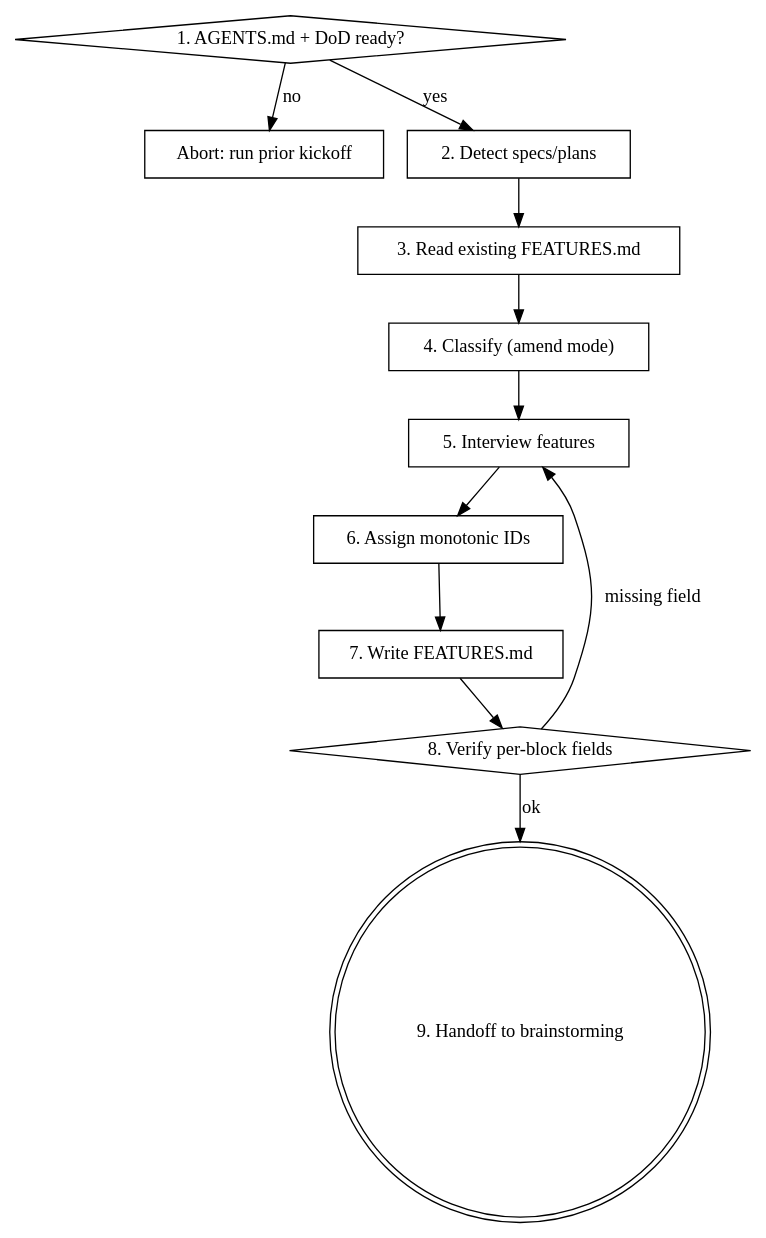
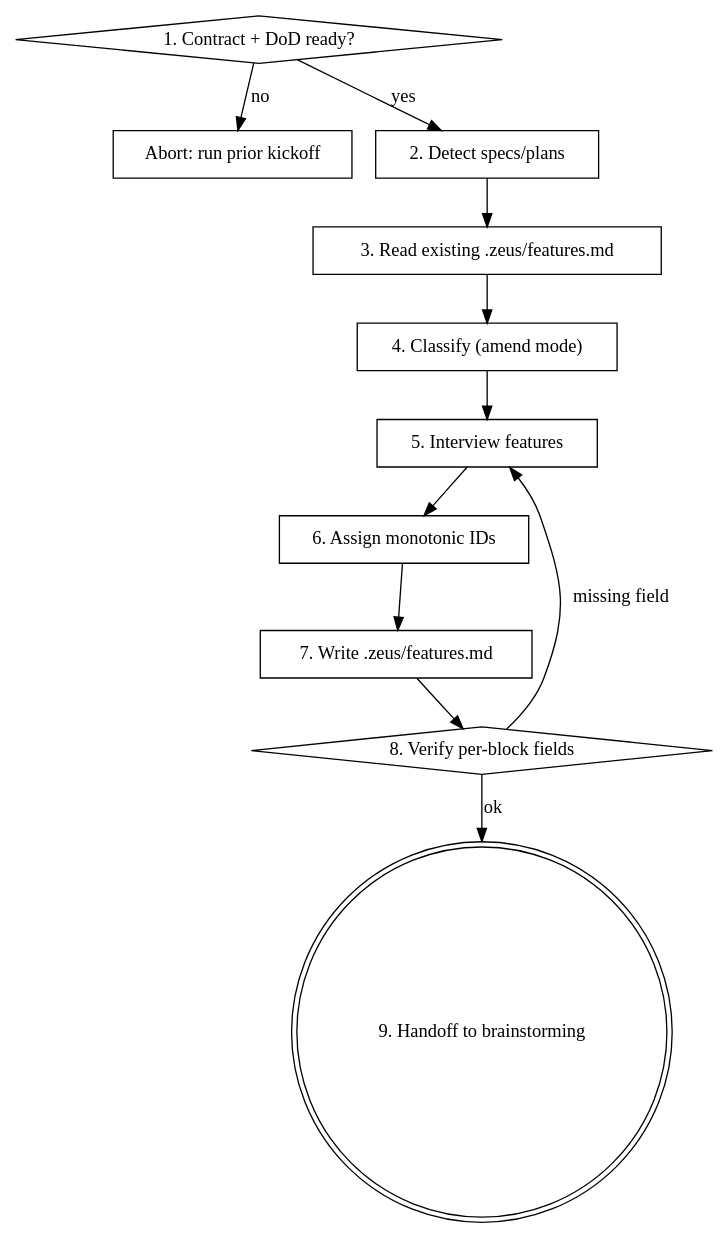
The diagram in skills/kickoff-feature-list/SKILL.md (rainhan99/zeus), drawn with Graphviz before and after one commit. The commit also changed other lines of this file and 10 other files, not shown here.

````diff
--- a/skills/kickoff-feature-list/SKILL.md
+++ b/skills/kickoff-feature-list/SKILL.md
@@ -28,25 +28,25 @@
 ```dot
 digraph kickoff_feature_list {
-  precheck [label="1. AGENTS.md + DoD ready?", shape=diamond];
+  precheck [label="1. Contract + DoD ready?", shape=diamond];
   abort [label="Abort: run prior kickoff", shape=box];
   detect [label="2. Detect specs/plans", shape=box];
-  read [label="3. Read existing FEATURES.md", shape=box];
+  read [label="3. Read existing .zeus/features.md", shape=box];
   classify [label="4. Classify (amend mode)", shape=box];
   interview [label="5. Interview features", shape=box];
   ids [label="6. Assign monotonic IDs", shape=box];
-  write [label="7. Write FEATURES.md", shape=box];
+  write [label="7. Write .zeus/features.md", shape=box];
   verify [label="8. Verify per-block fields", shape=diamond];
   handoff [label="9. Handoff to brainstorming", shape=doublecircle];
 
   precheck -> abort [label="no"];
   precheck -> detect [label="yes"];
   detect -> read;
   read -> classify;
   classify -> interview;
   interview -> ids;
   ids -> write;
   write -> verify;
   verify -> handoff [label="ok"];
   verify -> interview [label="missing field"];
 }
 ```
````
